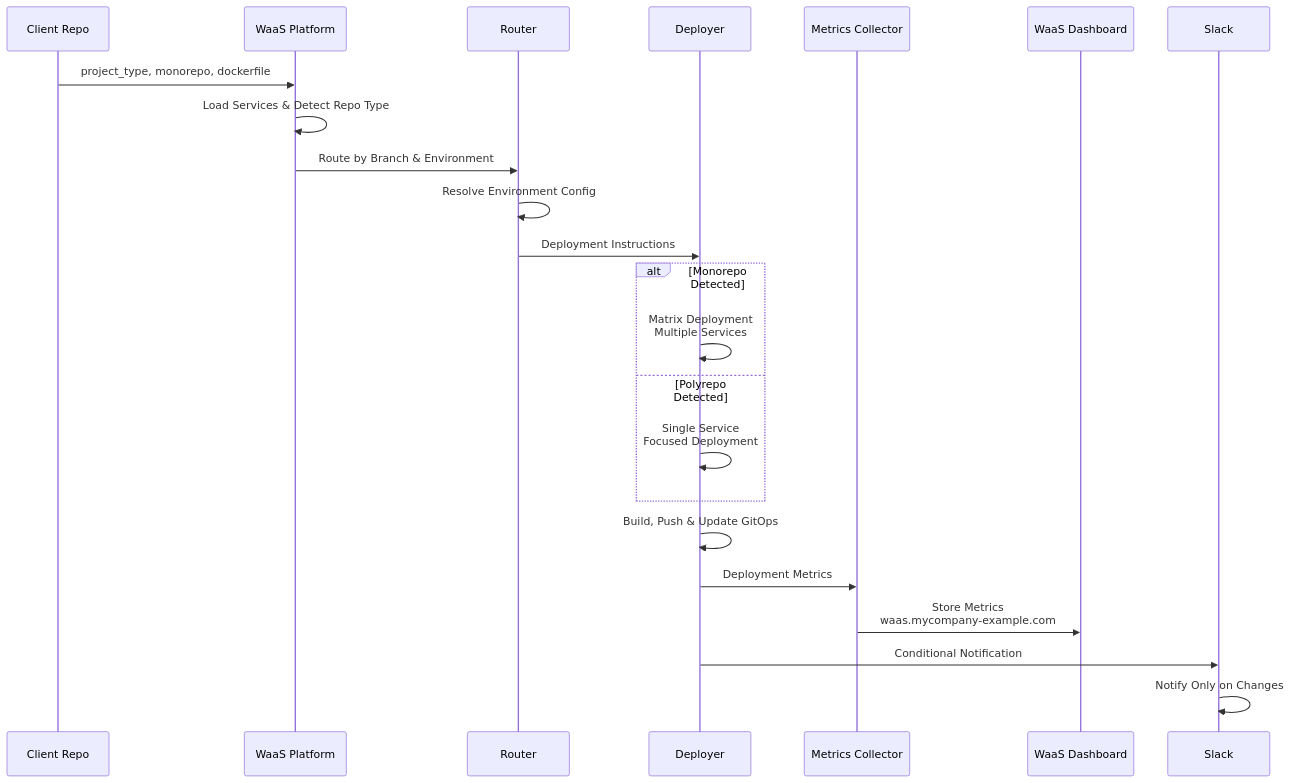
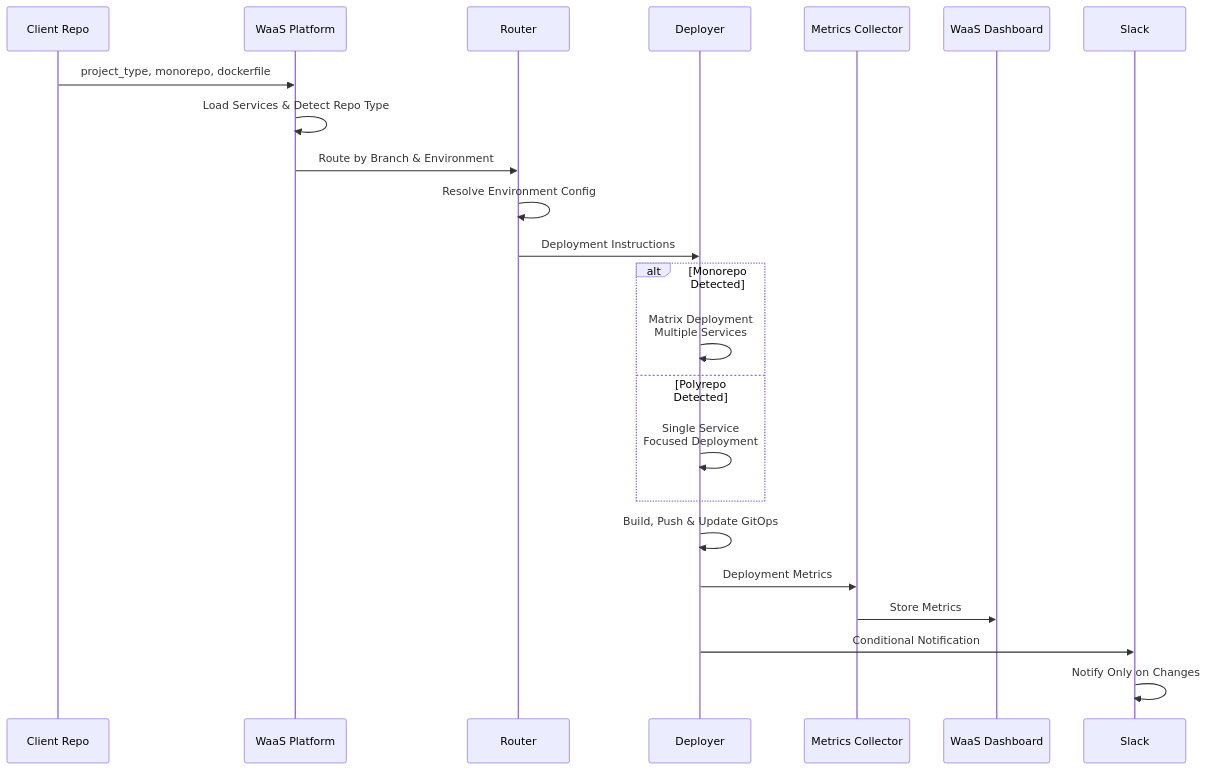
The second of 2 diagrams in .github/workflows/docs/WAAS.md (SeamlessOps/waas), drawn with Mermaid before and after one commit. The commit also changed other lines of this file and 37 other files, not shown here.

````diff
--- a/.github/workflows/docs/WAAS.md
+++ b/.github/workflows/docs/WAAS.md
@@ -68,28 +70,28 @@
 ```mermaid
 sequenceDiagram
     participant C as Client Repo
     participant W as WaaS Platform
     participant R as Router
     participant D as Deployer
     participant M as Metrics Collector
     participant DB as WaaS Dashboard
     participant S as Slack
     
     C->>W: project_type, monorepo, dockerfile
     W->>W: Load Services & Detect Repo Type
     W->>R: Route by Branch & Environment
     R->>R: Resolve Environment Config
     R->>D: Deployment Instructions
     
     alt Monorepo Detected
         D->>D: Matrix Deployment<br/>Multiple Services
     else Polyrepo Detected
         D->>D: Single Service<br/>Focused Deployment
     end
     
     D->>D: Build, Push & Update GitOps
     D->>M: Deployment Metrics
-    M->>DB: Store Metrics<br/>waas.mycompany-example.com
+    M->>DB: Store Metrics
     D->>S: Conditional Notification
     S->>S: Notify Only on Changes
 ```
````
